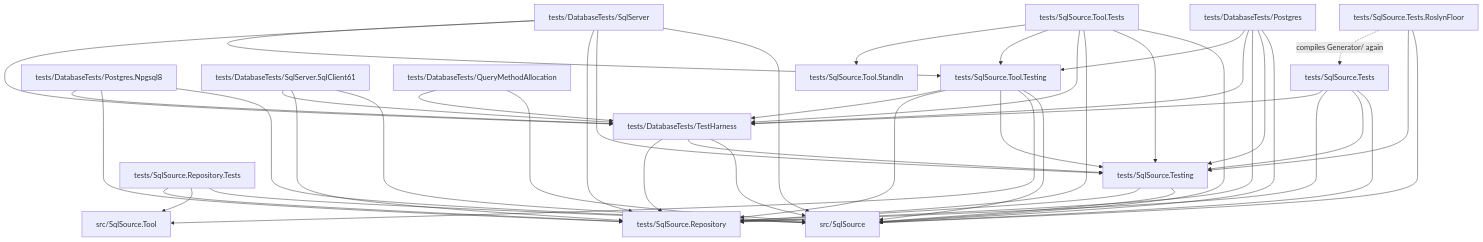
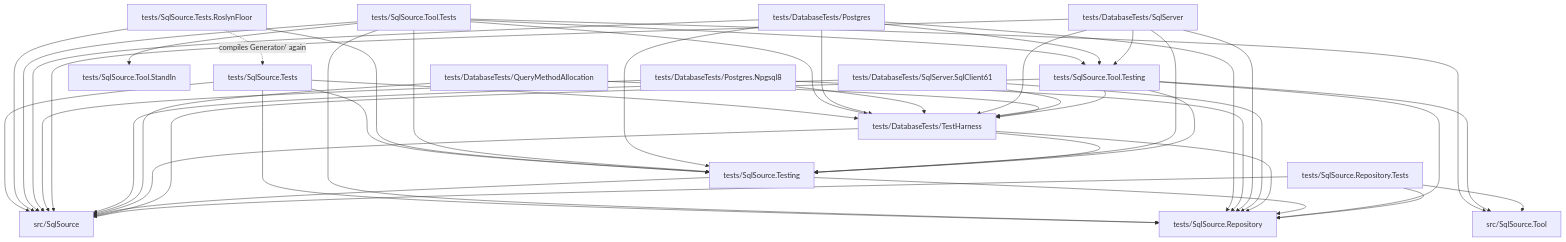
Before and after one commit to mbcrawfo/SqlSource: the diagram in tests/README.md, drawn with Mermaid. The commit also changed other lines of this file and 7 other files, not shown here.

````diff
--- a/tests/README.md
+++ b/tests/README.md
@@ -66,64 +66,65 @@
 ```mermaid
 graph TD
     Generator["src/SqlSource"]
     Tool["src/SqlSource.Tool"]
     Tests["tests/SqlSource.Tests"]
     Floor["tests/SqlSource.Tests.RoslynFloor"]
     ToolTests["tests/SqlSource.Tool.Tests"]
     Postgres["tests/DatabaseTests/Postgres"]
     Npgsql8["tests/DatabaseTests/Postgres.Npgsql8"]
     SqlServer["tests/DatabaseTests/SqlServer"]
     SqlClient61["tests/DatabaseTests/SqlServer.SqlClient61"]
     Allocation["tests/DatabaseTests/QueryMethodAllocation"]
     Testing["tests/SqlSource.Testing"]
     Repository["tests/SqlSource.Repository"]
     RepositoryTests["tests/SqlSource.Repository.Tests"]
     StandIn["tests/SqlSource.Tool.StandIn"]
     Harness["tests/DatabaseTests/TestHarness"]
     ToolTesting["tests/SqlSource.Tool.Testing"]
 
     Tests --> Generator
     Tests --> Testing
     Tests --> Repository
     Tests --> Harness
     Floor --> Generator
     Floor --> Testing
     Floor -.->|compiles Generator/ again| Tests
     ToolTests --> Generator
+    ToolTests --> Tool
     ToolTests --> Testing
     ToolTests --> Repository
     ToolTests --> Harness
     ToolTests --> ToolTesting
     ToolTests --> StandIn
     Postgres --> Generator
     Postgres --> Testing
     Postgres --> Repository
     Postgres --> Harness
     Postgres --> ToolTesting
     Npgsql8 --> Generator
     Npgsql8 --> Repository
     Npgsql8 --> Harness
     SqlServer --> Generator
     SqlServer --> Testing
     SqlServer --> Repository
     SqlServer --> Harness
     SqlServer --> ToolTesting
     SqlClient61 --> Generator
     SqlClient61 --> Repository
     SqlClient61 --> Harness
     Allocation --> Generator
     Allocation --> Harness
     Harness --> Generator
     Harness --> Testing
     Harness --> Repository
     Testing --> Generator
     Testing --> Repository
     ToolTesting --> Generator
     ToolTesting --> Tool
     ToolTesting --> Testing
     ToolTesting --> Repository
     ToolTesting --> Harness
     RepositoryTests --> Generator
     RepositoryTests --> Tool
     RepositoryTests --> Repository
 ```
````
